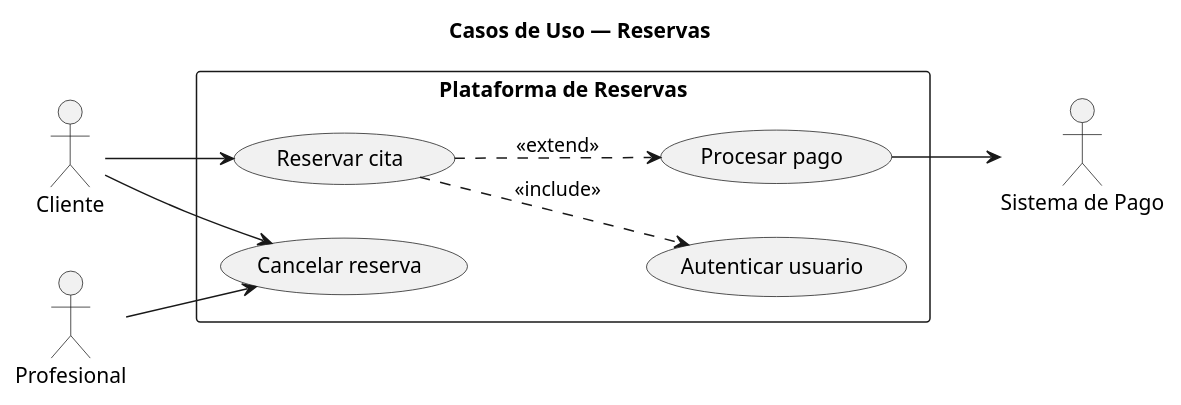
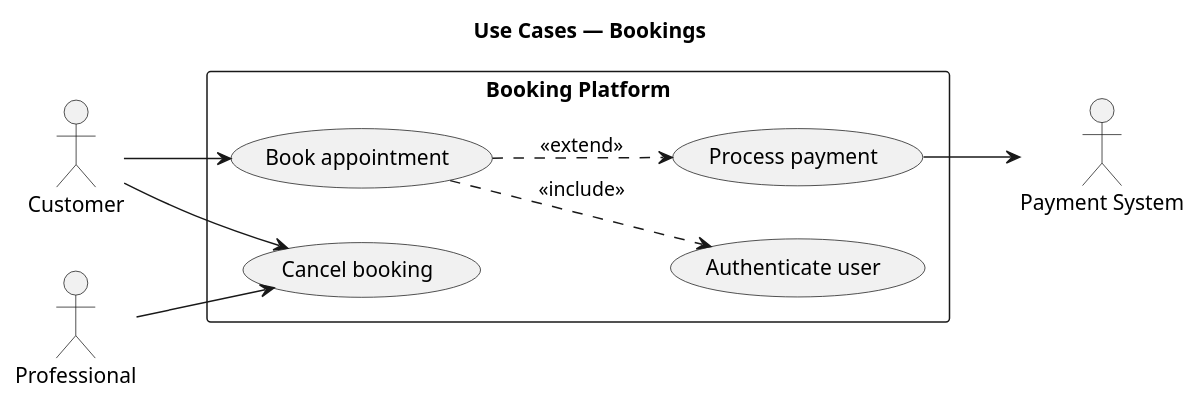
The second of 9 diagrams in .claude/rules/plantuml-syntax.md (jose-korvusinc/finalproject-lidr-i4devs), drawn with PlantUML before and after one commit. The commit also changed other lines of this file and 25 other files, not shown here.

Commit message:
Translate names and add analysis class diagram

````diff
--- a/.claude/rules/plantuml-syntax.md
+++ b/.claude/rules/plantuml-syntax.md
@@ -38,25 +38,25 @@
 ```plantuml
 @startuml
-title Casos de Uso — Reservas
+title Use Cases — Bookings
 left to right direction
 skinparam packageStyle rectangle
 
-actor "Cliente" as cliente
-actor "Profesional" as pro
-actor "Sistema de Pago" as pago
+actor "Customer" as customer
+actor "Professional" as pro
+actor "Payment System" as payment
 
-rectangle "Plataforma de Reservas" {
-  usecase "Reservar cita" as UC1
-  usecase "Cancelar reserva" as UC2
-  usecase "Autenticar usuario" as UC3
-  usecase "Procesar pago" as UC4
+rectangle "Booking Platform" {
+  usecase "Book appointment" as UC1
+  usecase "Cancel booking" as UC2
+  usecase "Authenticate user" as UC3
+  usecase "Process payment" as UC4
 }
 
-cliente --> UC1
-cliente --> UC2
+customer --> UC1
+customer --> UC2
 pro --> UC2
 UC1 ..> UC3 : <<include>>
 UC1 ..> UC4 : <<extend>>
-UC4 --> pago
+UC4 --> payment
 @enduml
 ```
````
